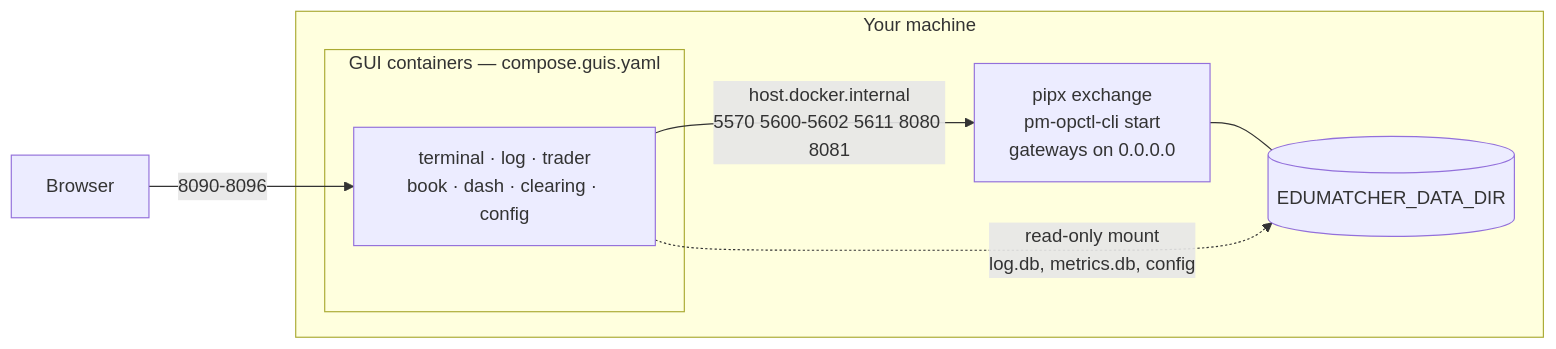
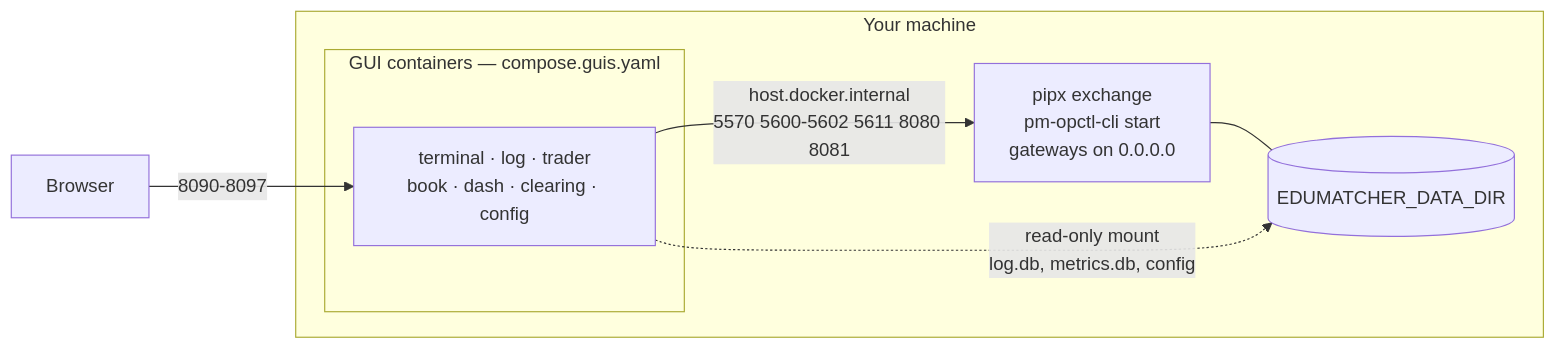
Before and after one commit to johan162/EduMatcher: the third of 3 diagrams in docs/books/operator-guide/part-1-install-and-deploy/010-installation.md, drawn with Mermaid. The commit also changed other lines of this file and 39 other files, not shown here.

````diff
--- a/docs/books/operator-guide/part-1-install-and-deploy/010-installation.md
+++ b/docs/books/operator-guide/part-1-install-and-deploy/010-installation.md
@@ -735,15 +741,15 @@
 ```mermaid
 flowchart LR
     BROWSER["Browser"]
     subgraph host["Your machine"]
         PM["pipx exchange\npm-opctl-cli start\ngateways on 0.0.0.0"]
         DATA[("EDUMATCHER_DATA_DIR")]
         subgraph guis["GUI containers — compose.guis.yaml"]
             G["terminal · log · trader\nbook · dash · clearing · config"]
         end
     end
-    BROWSER -->|"8090-8096"| G
+    BROWSER -->|"8090-8097"| G
     G -->|"host.docker.internal\n5570 5600-5602 5611 8080 8081"| PM
     PM --- DATA
     G -.->|"read-only mount\nlog.db, metrics.db, config"| DATA
 ```
````
